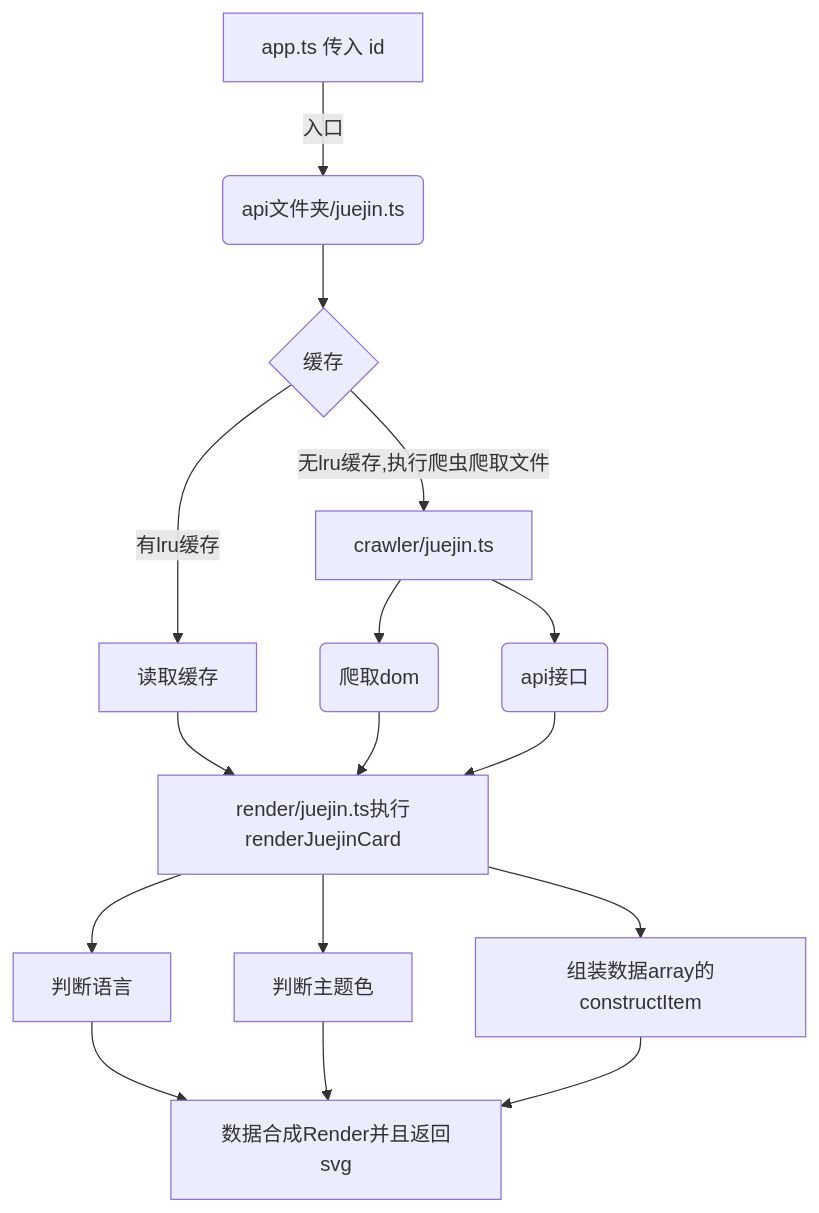
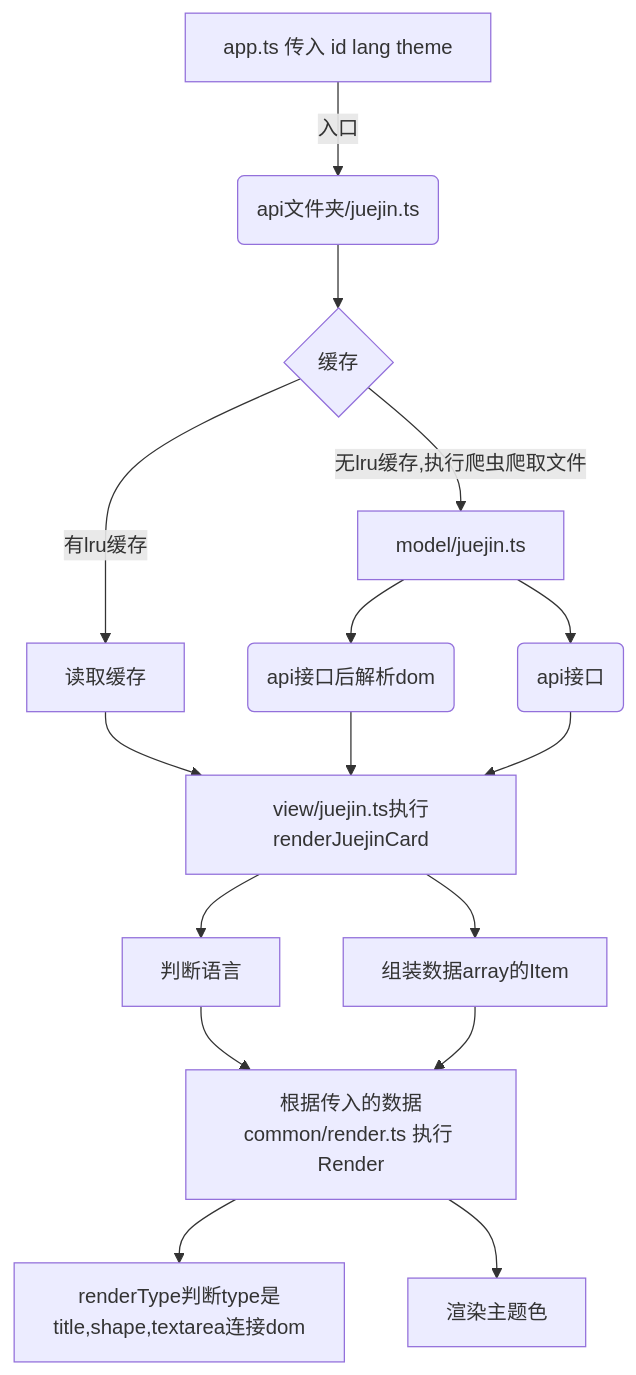
Before and after one commit to electroluxcode/data-card: the diagram in Develop.md, drawn with Mermaid. The commit also changed other lines of this file and 25 other files, not shown here.

````diff
--- a/Develop.md
+++ b/Develop.md
@@ -302,23 +309,25 @@
 ```mermaid
 flowchart TD
-    api[app.ts 传入 id]  --> | 入口 | api_file(api文件夹/juejin.ts)
+    api[app.ts 传入 id lang theme]  --> | 入口 | api_file(api文件夹/juejin.ts)
     api_file(api文件夹/juejin.ts) -->  iscache{缓存}
     
     iscache --> | 有lru缓存 | iscacheyes[读取缓存]
-    iscacheyes --> render
+    iscacheyes --> view
     
-    iscache{缓存} --> | 无lru缓存,执行爬虫爬取文件 | iscacheno[crawler/juejin.ts]
-    iscacheno -->  crawldom(爬取dom)
+    iscache{缓存} --> | 无lru缓存,执行爬虫爬取文件 | iscacheno[model/juejin.ts]
+    iscacheno -->  crawldom(api接口后解析dom)
     iscacheno -->  crawlapi(api接口)
     
-    crawldom --> render[render/juejin.ts执行renderJuejinCard]
-    crawlapi --> render[render/juejin.ts执行renderJuejinCard]
+    crawldom --> view[view/juejin.ts执行renderJuejinCard]
+    crawlapi --> view[view/juejin.ts执行renderJuejinCard]
      
-    render  -->  renderitemlang[判断语言]
-    render  -->  renderitemcolor[判断主题色]
-    render  -->  renderitemstruct[组装数据array的constructItem]
+    view  -->  renderitemlang[判断语言]
+    view  -->  renderitemstruct[组装数据array的Item]
     
-    renderitemlang --> last[数据合成Render并且返回svg]
-     renderitemcolor --> last[数据合成Render并且返回svg]
-     renderitemstruct --> last[数据合成Render并且返回svg]
+    renderitemlang --> last[根据传入的数据common/render.ts 执行 Render]
+    renderitemstruct --> last
+     
+    last --> renderType[renderType判断type是title,shape,textarea连接dom]
+    last --> renderTheme[渲染主题色]
+     
 ```
````
